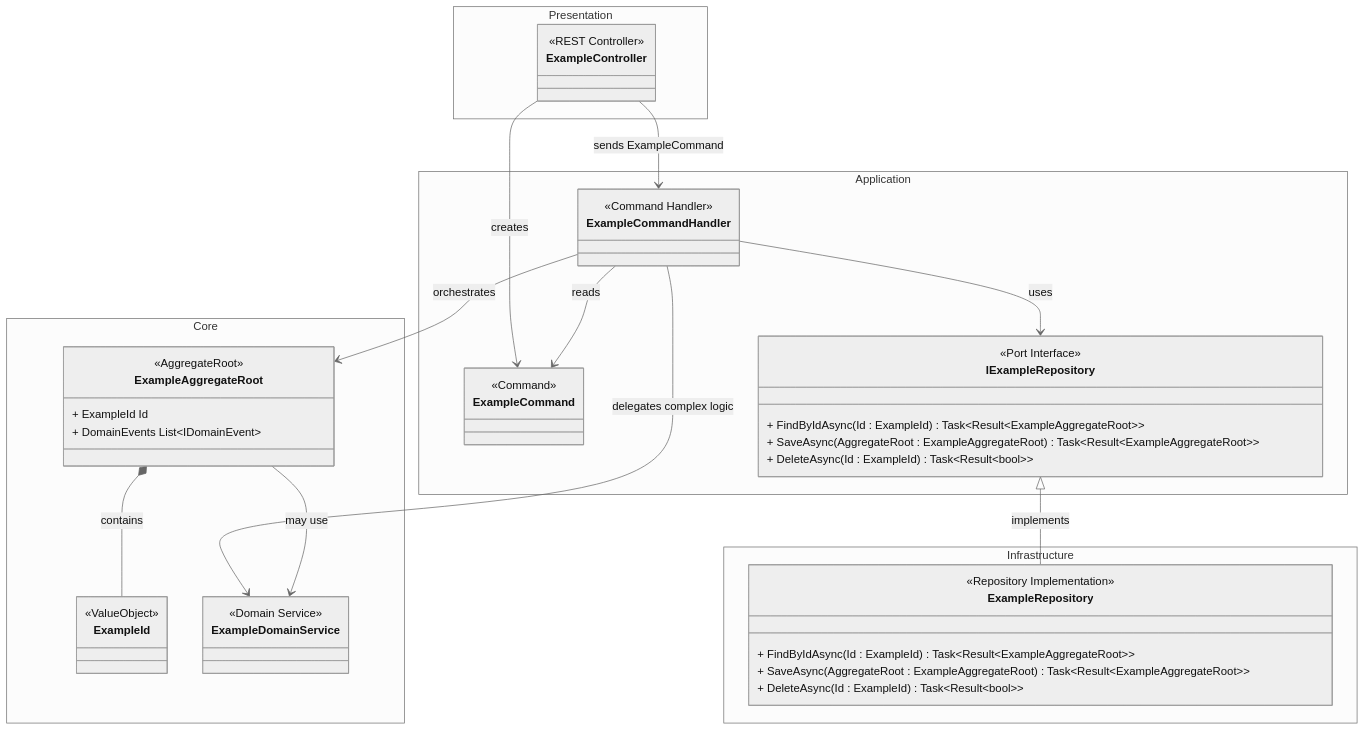
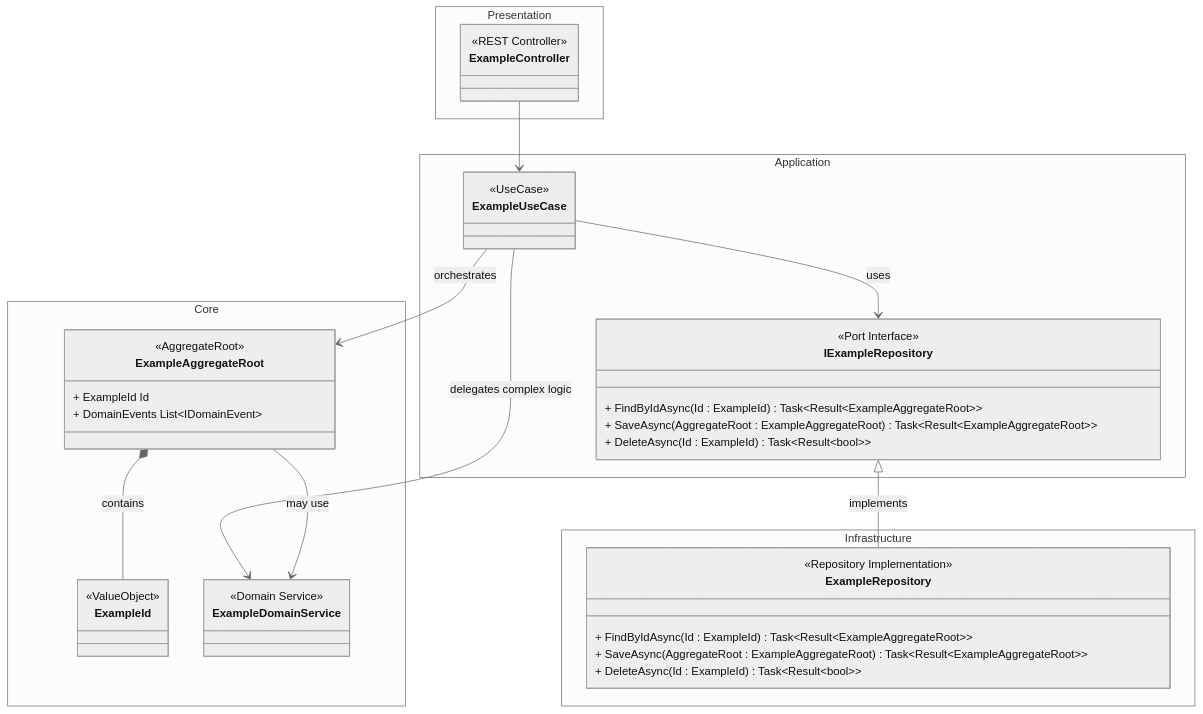
One commit to kbjorklid/FeedbackSorter changed the first of 2 diagrams in DESIGN.md. Above: the diagram before and after it, drawn with Mermaid (neutral theme). The commit also changed other lines of this file, not shown here.

````diff
--- a/DESIGN.md
+++ b/DESIGN.md
@@ -275,57 +244,52 @@
 ```mermaid
 classDiagram
  direction TD
  namespace Presentation {
    class ExampleController {
      <<REST Controller>>
    }
  }
 
  namespace Application {
-   class ExampleCommandHandler {
-     <<Command Handler>>
-   }
-   class ExampleCommand {
-     <<Command>>
+   class ExampleUseCase {
+     <<UseCase>>
    }
    class IExampleRepository {
      <<Port Interface>>
      + FindByIdAsync(Id : ExampleId) Task~Result~ExampleAggregateRoot~~
      + SaveAsync(AggregateRoot : ExampleAggregateRoot) Task~Result~ExampleAggregateRoot~~
      + DeleteAsync(Id : ExampleId) Task~Result~bool~~
    }
  }
 
  namespace Core {
    class ExampleAggregateRoot {
      <<AggregateRoot>>
      + ExampleId Id
      + DomainEvents List~IDomainEvent~
    }
    class ExampleId {
      <<ValueObject>>
    }
    class ExampleDomainService {
      <<Domain Service>>
    }
  }
 
  namespace Infrastructure {
    class ExampleRepository {
      <<Repository Implementation>>
      + FindByIdAsync(Id : ExampleId) Task~Result~ExampleAggregateRoot~~
      + SaveAsync(AggregateRoot : ExampleAggregateRoot) Task~Result~ExampleAggregateRoot~~
      + DeleteAsync(Id : ExampleId) Task~Result~bool~~
    }
  }
 
- ExampleController --> ExampleCommandHandler : sends ExampleCommand
- ExampleCommandHandler --> IExampleRepository : uses
- ExampleCommandHandler --> ExampleAggregateRoot : orchestrates
- ExampleCommandHandler --> ExampleDomainService : delegates complex logic
+ ExampleController --> ExampleUseCase
+ ExampleUseCase --> IExampleRepository : uses
+ ExampleUseCase --> ExampleAggregateRoot : orchestrates
+ ExampleUseCase --> ExampleDomainService : delegates complex logic
  IExampleRepository <|-- ExampleRepository : implements
  ExampleAggregateRoot *-- ExampleId : contains
  ExampleAggregateRoot --> ExampleDomainService : may use
- ExampleController --> ExampleCommand : creates
- ExampleCommandHandler --> ExampleCommand : reads
 ```
````
